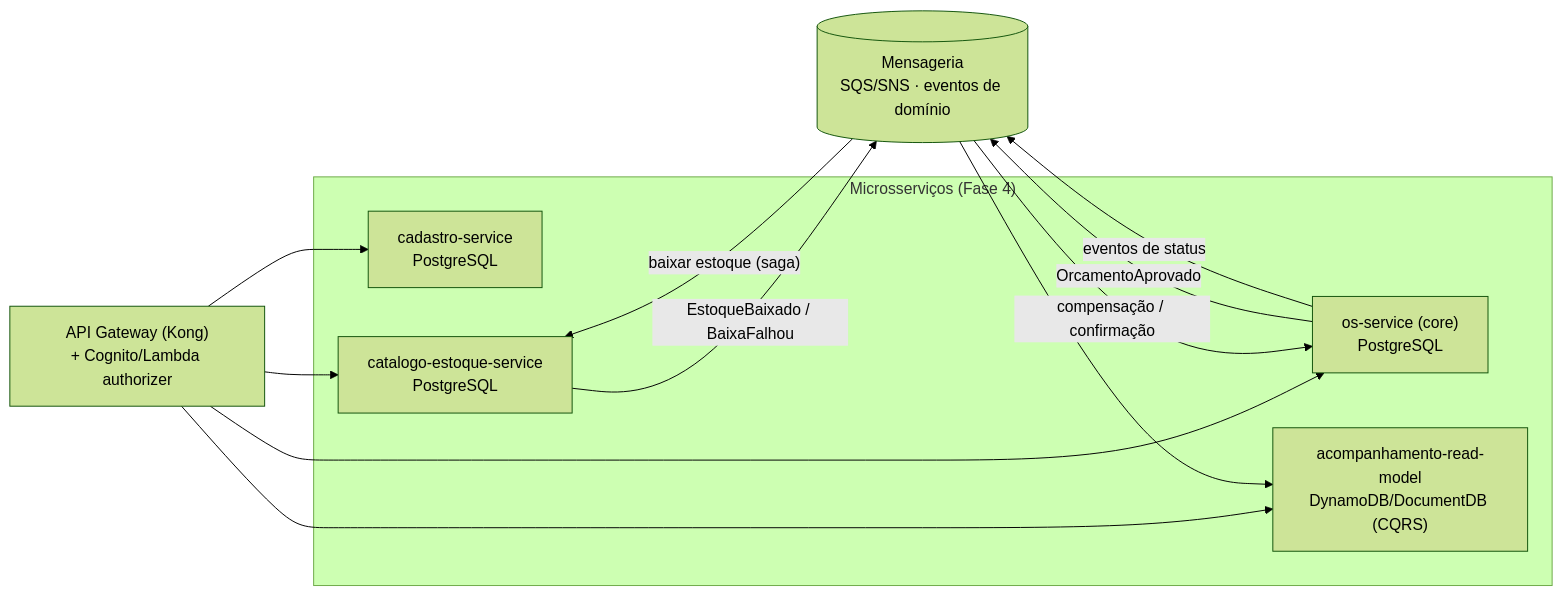
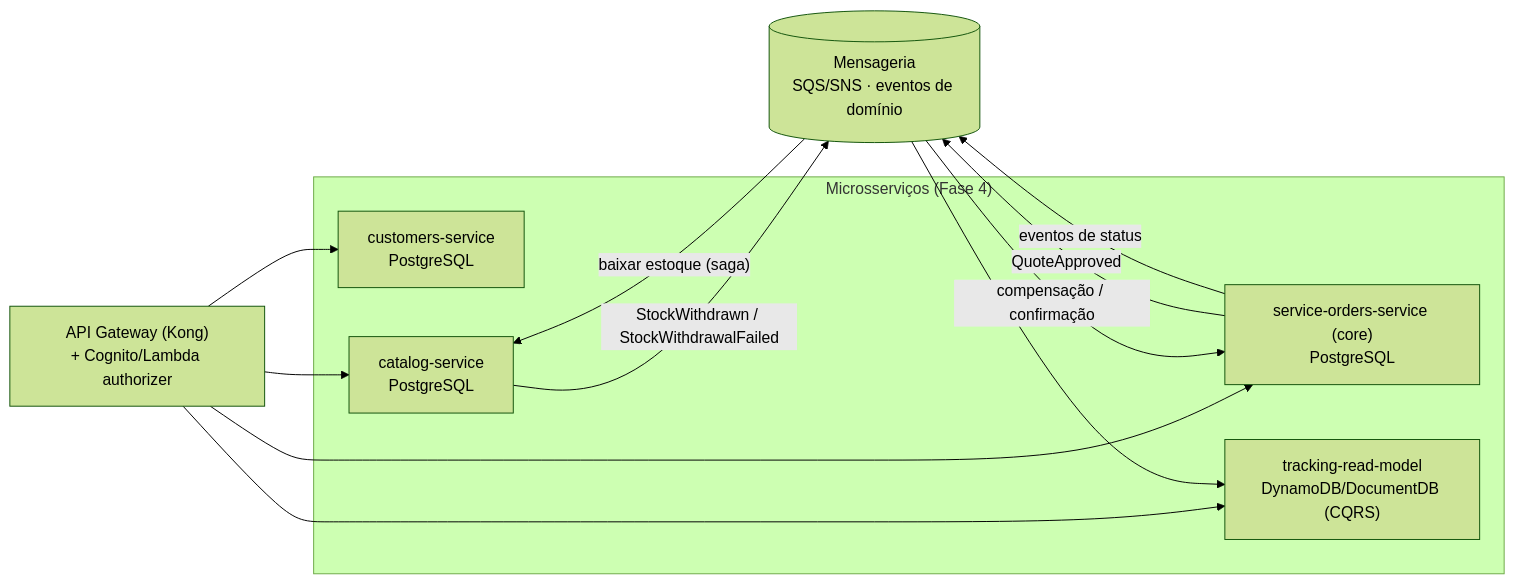
Before and after one commit to HermandoThiago/FIAP-SOAT: the second of 2 diagrams in docs/04-arquitetura/evolucao-fases.md, drawn with Mermaid (forest theme). The commit also changed other lines of this file and 42 other files, not shown here.

````diff
--- a/docs/04-arquitetura/evolucao-fases.md
+++ b/docs/04-arquitetura/evolucao-fases.md
@@ -37,17 +37,17 @@
 ```mermaid
 flowchart LR
     GW["API Gateway (Kong)<br/>+ Cognito/Lambda authorizer"]
     subgraph Servicos["Microsserviços (Fase 4)"]
-        S1["cadastro-service<br/>PostgreSQL"]
-        S2["catalogo-estoque-service<br/>PostgreSQL"]
-        S3["os-service (core)<br/>PostgreSQL"]
-        S4["acompanhamento-read-model<br/>DynamoDB/DocumentDB (CQRS)"]
+        S1["customers-service<br/>PostgreSQL"]
+        S2["catalog-service<br/>PostgreSQL"]
+        S3["service-orders-service (core)<br/>PostgreSQL"]
+        S4["tracking-read-model<br/>DynamoDB/DocumentDB (CQRS)"]
     end
     BUS[("Mensageria<br/>SQS/SNS · eventos de domínio")]
     GW --> S1 & S2 & S3 & S4
-    S3 -- "OrcamentoAprovado" --> BUS
+    S3 -- "QuoteApproved" --> BUS
     BUS -- "baixar estoque (saga)" --> S2
-    S2 -- "EstoqueBaixado / BaixaFalhou" --> BUS
+    S2 -- "StockWithdrawn / StockWithdrawalFailed" --> BUS
     BUS -- "compensação / confirmação" --> S3
     S3 -- "eventos de status" --> BUS --> S4
 ```
````
